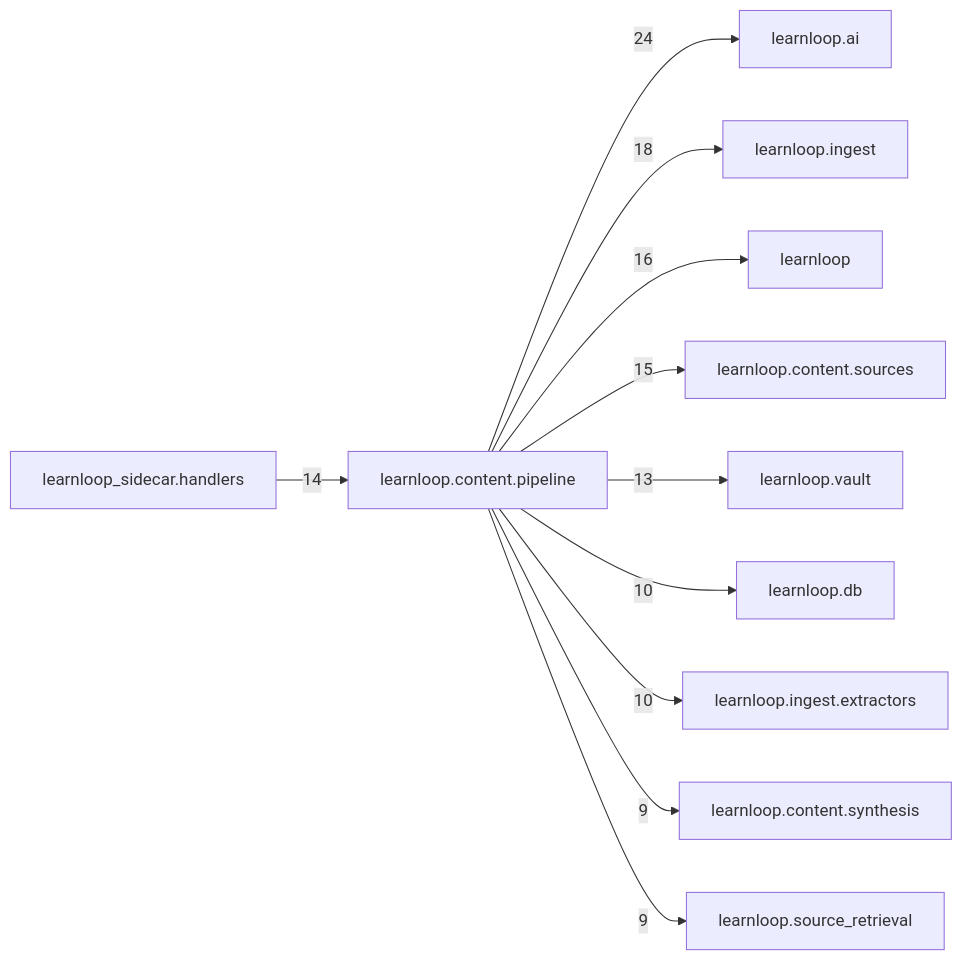
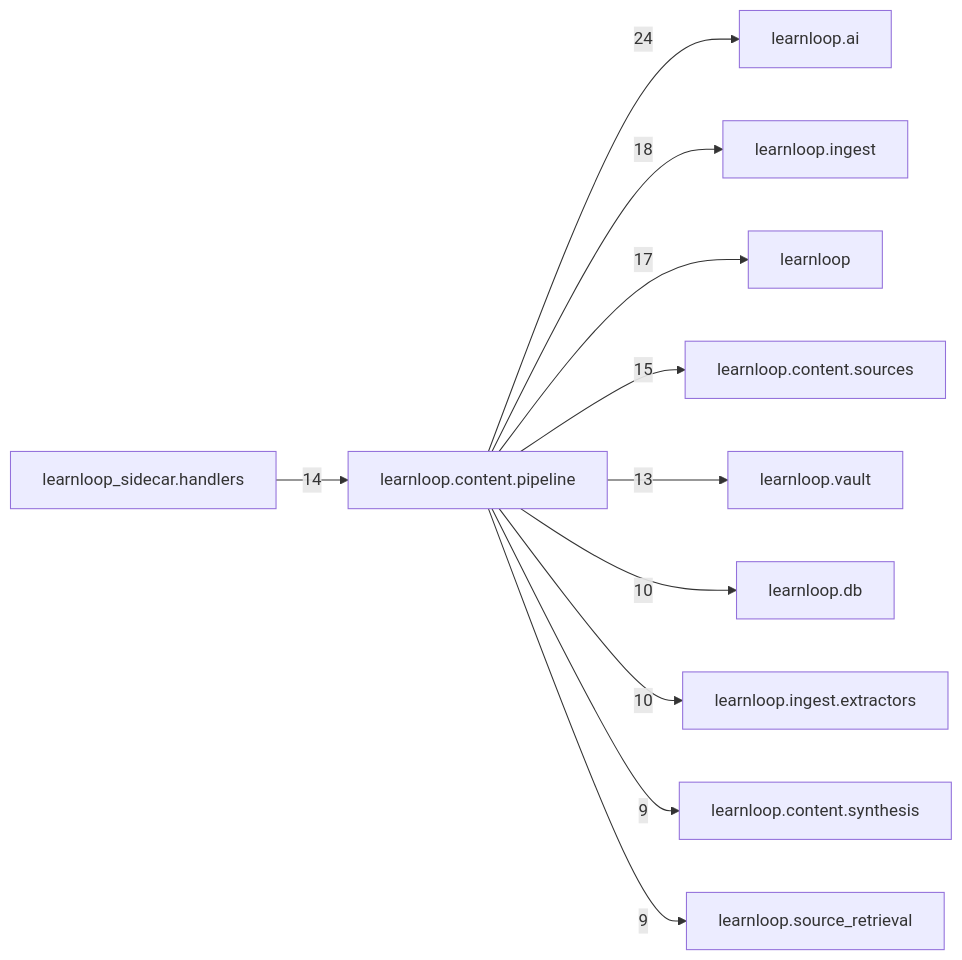
One commit to 6up-b/learnanything changed the diagram in docs/learnloop-architecture-vault/Reference/Modules/learnloop/content/pipeline/_package.md. Above: the diagram before and after it, drawn with Mermaid. The commit also changed other lines of this file and 18 other files, not shown here.

````diff
--- a/docs/learnloop-architecture-vault/Reference/Modules/learnloop/content/pipeline/_package.md
+++ b/docs/learnloop-architecture-vault/Reference/Modules/learnloop/content/pipeline/_package.md
@@ -110,24 +110,24 @@
 ```mermaid
 flowchart LR
     center["learnloop.content.pipeline"]
     n_learnloop_ai["learnloop.ai"]
     n_learnloop_ingest["learnloop.ingest"]
     n_learnloop["learnloop"]
     n_learnloop_content_sources["learnloop.content.sources"]
     n_learnloop_sidecar_handlers["learnloop_sidecar.handlers"]
     n_learnloop_vault["learnloop.vault"]
     n_learnloop_db["learnloop.db"]
     n_learnloop_ingest_extractors["learnloop.ingest.extractors"]
     n_learnloop_content_synthesis["learnloop.content.synthesis"]
     n_learnloop_source_retrieval["learnloop.source_retrieval"]
     center -->|24| n_learnloop_ai
     center -->|18| n_learnloop_ingest
-    center -->|16| n_learnloop
+    center -->|17| n_learnloop
     center -->|15| n_learnloop_content_sources
     n_learnloop_sidecar_handlers -->|14| center
     center -->|13| n_learnloop_vault
     center -->|10| n_learnloop_db
     center -->|10| n_learnloop_ingest_extractors
     center -->|9| n_learnloop_content_synthesis
     center -->|9| n_learnloop_source_retrieval
 ```
````
